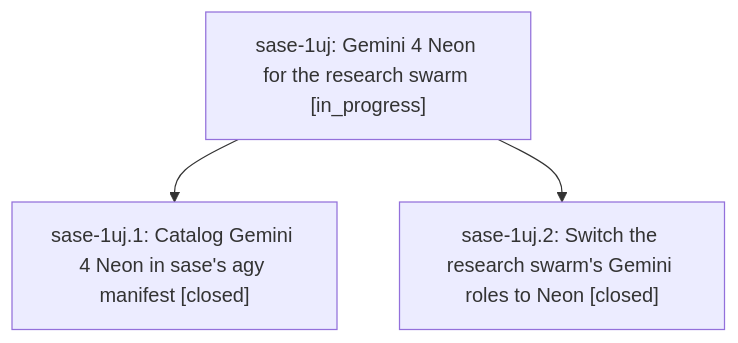
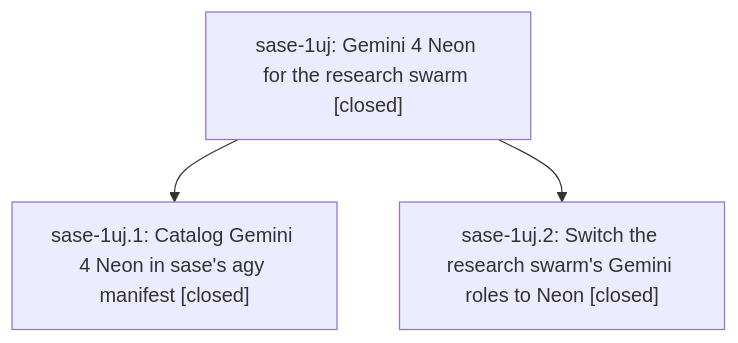
Before and after one commit to sase-org/sase--beads: the diagram in pages/sase-1uj/README.md, drawn with Mermaid. The commit also changed other lines of this file and 2 other files, not shown here.

First line of the commit message:
chore(beads): sync bead state and pages for sase-1uj

````diff
--- a/pages/sase-1uj/README.md
+++ b/pages/sase-1uj/README.md
@@ -35,8 +48,8 @@
 ```mermaid
 flowchart TD
-    n0["sase-1uj: Gemini 4 Neon for the research swarm [in_progress]"]
+    n0["sase-1uj: Gemini 4 Neon for the research swarm [closed]"]
     n1["sase-1uj.1: Catalog Gemini 4 Neon in sase's agy manifest [closed]"]
     n2["sase-1uj.2: Switch the research swarm's Gemini roles to Neon [closed]"]
     n0 --> n1
     n0 --> n2
 ```
````
